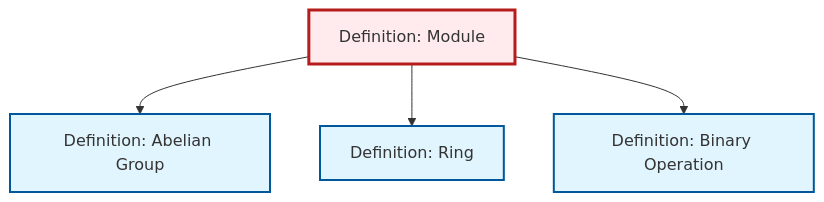
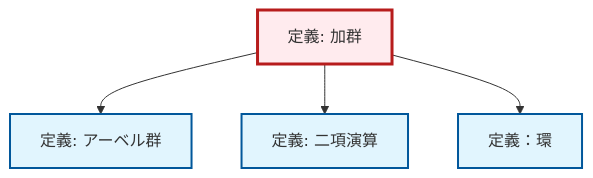
Before and after one commit to RK0429/ModernMath: the diagram in content/ja/algebra/def-module.qmd, drawn with Mermaid. The commit also changed 1069 other files, not shown here.

````diff
--- a/content/ja/algebra/def-module.qmd
+++ b/content/ja/algebra/def-module.qmd
@@ -56,20 +56,20 @@
 ```{mermaid}
 %%| fig-cap: "Local dependency graph"
 graph TD
     classDef definition fill:#e1f5fe,stroke:#01579b,stroke-width:2px
     classDef theorem fill:#f3e5f5,stroke:#4a148c,stroke-width:2px
     classDef axiom fill:#fff3e0,stroke:#e65100,stroke-width:2px
     classDef example fill:#e8f5e9,stroke:#1b5e20,stroke-width:2px
     classDef current fill:#ffebee,stroke:#b71c1c,stroke-width:3px
-    def-ring["Definition: Ring"]:::definition
-    def-abelian-group["Definition: Abelian Group"]:::definition
-    def-binary-operation["Definition: Binary Operation"]:::definition
-    def-module["Definition: Module"]:::definition
+    def-module["定義: 加群"]:::definition
+    def-ring["定義：環"]:::definition
+    def-binary-operation["定義: 二項演算"]:::definition
+    def-abelian-group["定義: アーベル群"]:::definition
     def-module --> def-abelian-group
+    def-module --> def-binary-operation
     def-module --> def-ring
-    def-module --> def-binary-operation
     class def-module current
-    click def-ring "def-ring.html" "Definition: Ringへ"
-    click def-abelian-group "def-abelian-group.html" "Definition: Abelian Groupへ"
-    click def-binary-operation "def-binary-operation.html" "Definition: Binary Operationへ"
+    click def-ring "def-ring.html" "定義：環へ"
+    click def-binary-operation "def-binary-operation.html" "二項演算の定義へ"
+    click def-abelian-group "def-abelian-group.html" "アーベル群の定義へ"
 ```
````
